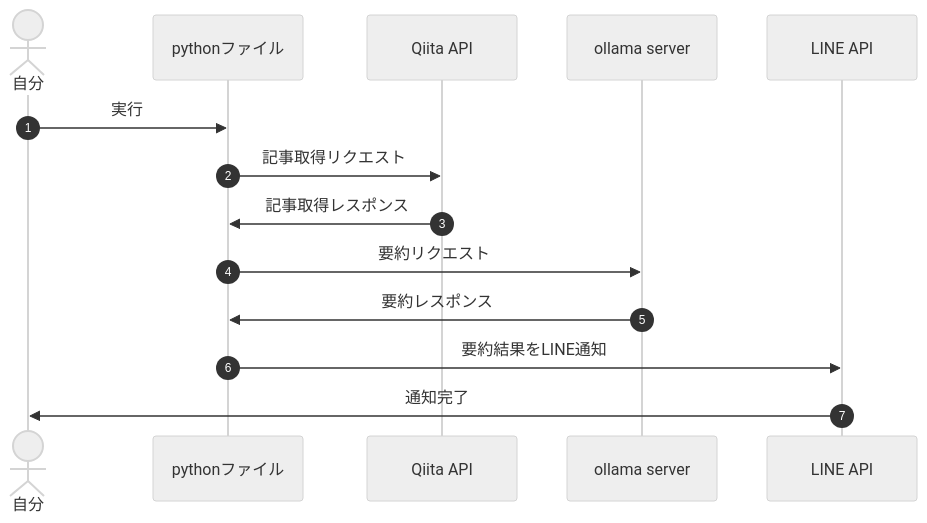
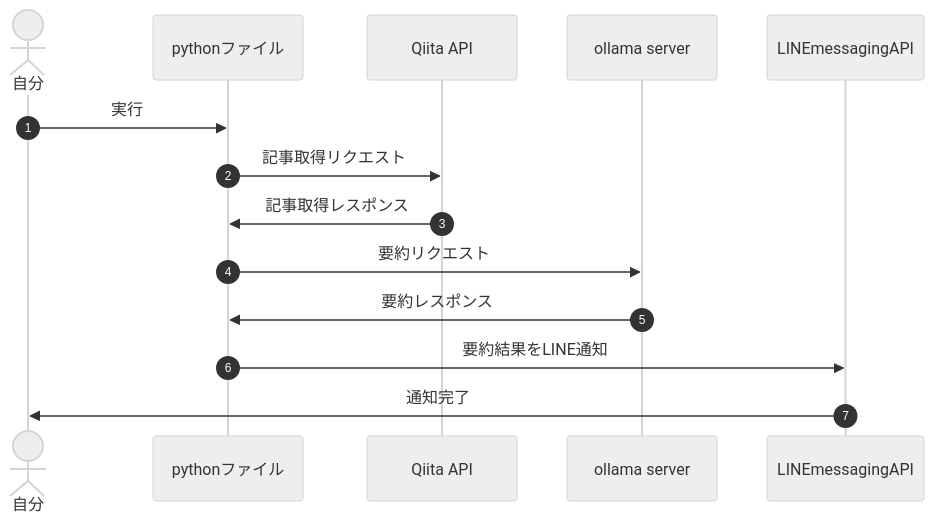
One commit to Ohira-Shunpei/zenn changed the diagram in articles/4b717a23726a0b.md. Above: the diagram before and after it, drawn with Mermaid (neutral theme). The commit also changed other lines of this file and 1 other file, not shown here.

````diff
--- a/articles/4b717a23726a0b.md
+++ b/articles/4b717a23726a0b.md
@@ -20,16 +19,16 @@
 ```mermaid
 sequenceDiagram
     autonumber
     actor 自分
     participant python as pythonファイル
     participant qiita as Qiita API
     participant llm as ollama server
-    participant line as LINE API
+    participant line as LINEmessagingAPI
     自分->>python: 実行
     python->>qiita: 記事取得リクエスト
     qiita->>python: 記事取得レスポンス
     python->>llm: 要約リクエスト
     llm->>python: 要約レスポンス
     python->>line: 要約結果をLINE通知
     line->>自分: 通知完了
 ```
````
